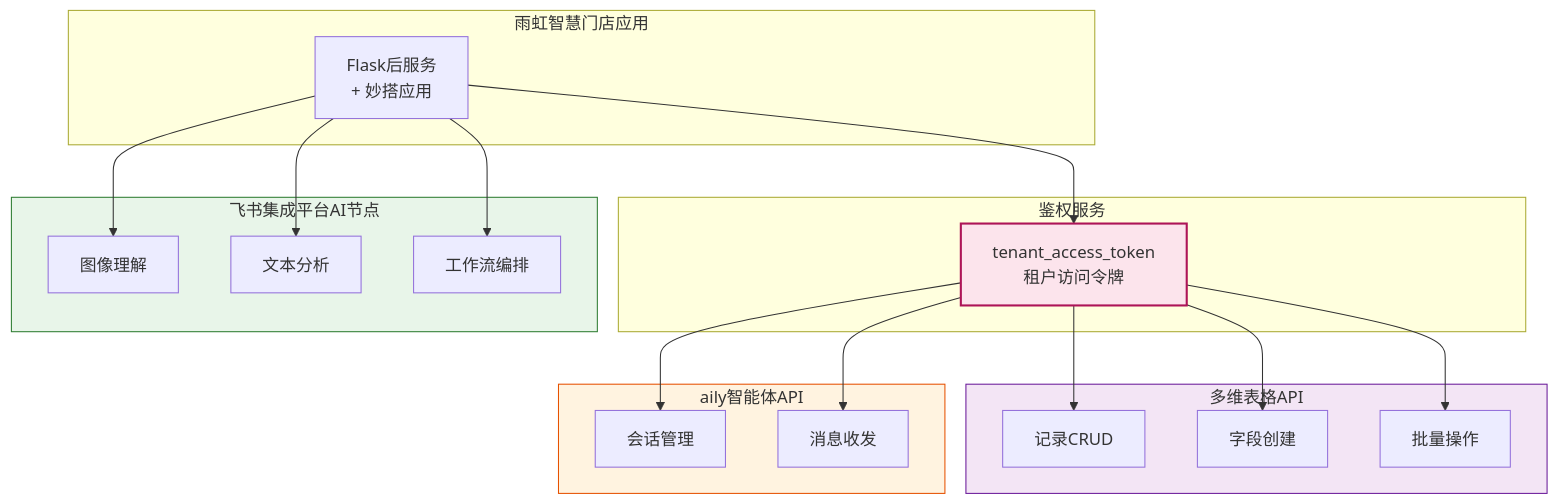
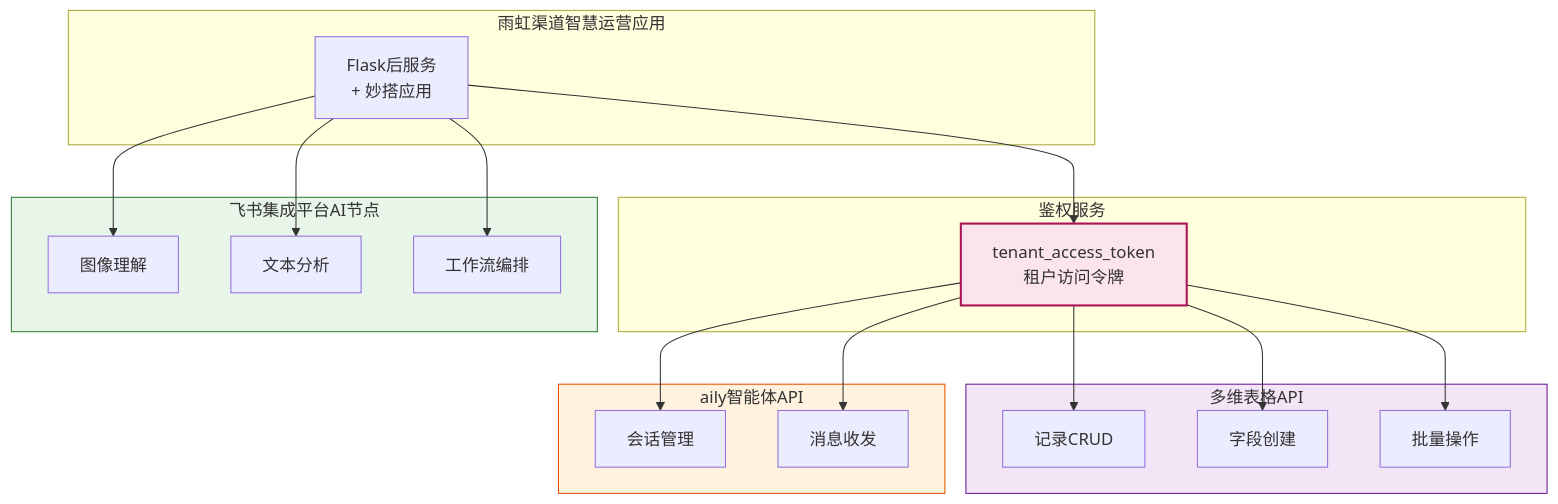
Diagram 13 of 17 in docs/02_技术方案架构设计文档.md (yunmm123/yuhong-smart-store), drawn with Mermaid before and after one commit. The commit also changed other lines of this file and 34 other files, not shown here.

````diff
--- a/docs/02_技术方案架构设计文档.md
+++ b/docs/02_技术方案架构设计文档.md
@@ -658,42 +818,42 @@
 ```mermaid
 flowchart TB
-    subgraph 应用["雨虹智慧门店应用"]
+    subgraph 应用["雨虹渠道智慧运营应用"]
         APP["Flask后服务\n+ 妙搭应用"]
     end
 
     subgraph 鉴权["鉴权服务"]
         AUTH["tenant_access_token\n租户访问令牌"]
     end
 
     subgraph 多维表格API["多维表格API"]
         B1["记录CRUD"]
         B2["字段创建"]
         B3["批量操作"]
     end
 
     subgraph ailyAPI["aily智能体API"]
         A1["会话管理"]
         A2["消息收发"]
     end
 
     subgraph 集成平台["飞书集成平台AI节点"]
         C1["图像理解"]
         C2["文本分析"]
         C3["工作流编排"]
     end
 
     APP --> AUTH
     AUTH --> B1
     AUTH --> B2
     AUTH --> B3
     AUTH --> A1
     AUTH --> A2
     APP --> C1
     APP --> C2
     APP --> C3
 
     style AUTH fill:#FCE4EC,stroke:#AD1457,stroke-width:2px
     style 多维表格API fill:#F3E5F5,stroke:#6A1B9A
     style ailyAPI fill:#FFF3E0,stroke:#E65100
     style 集成平台 fill:#E8F5E9,stroke:#2E7D32
 ```
````
